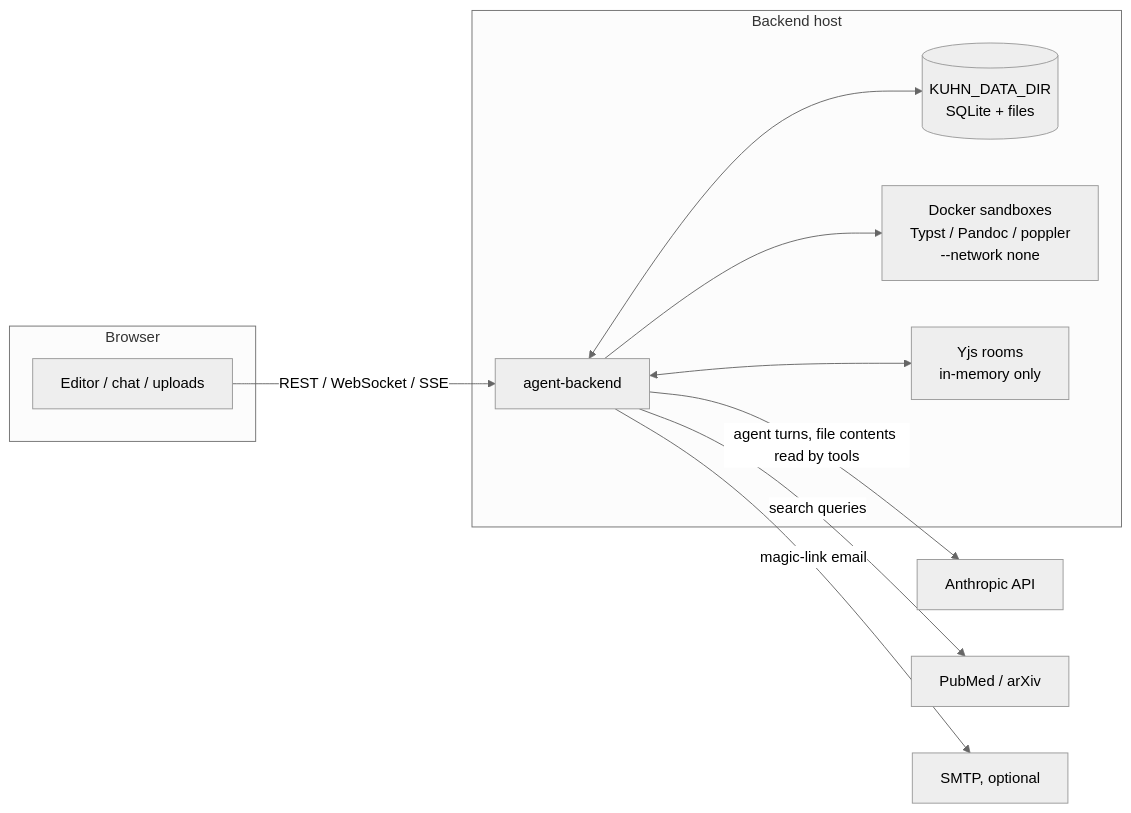
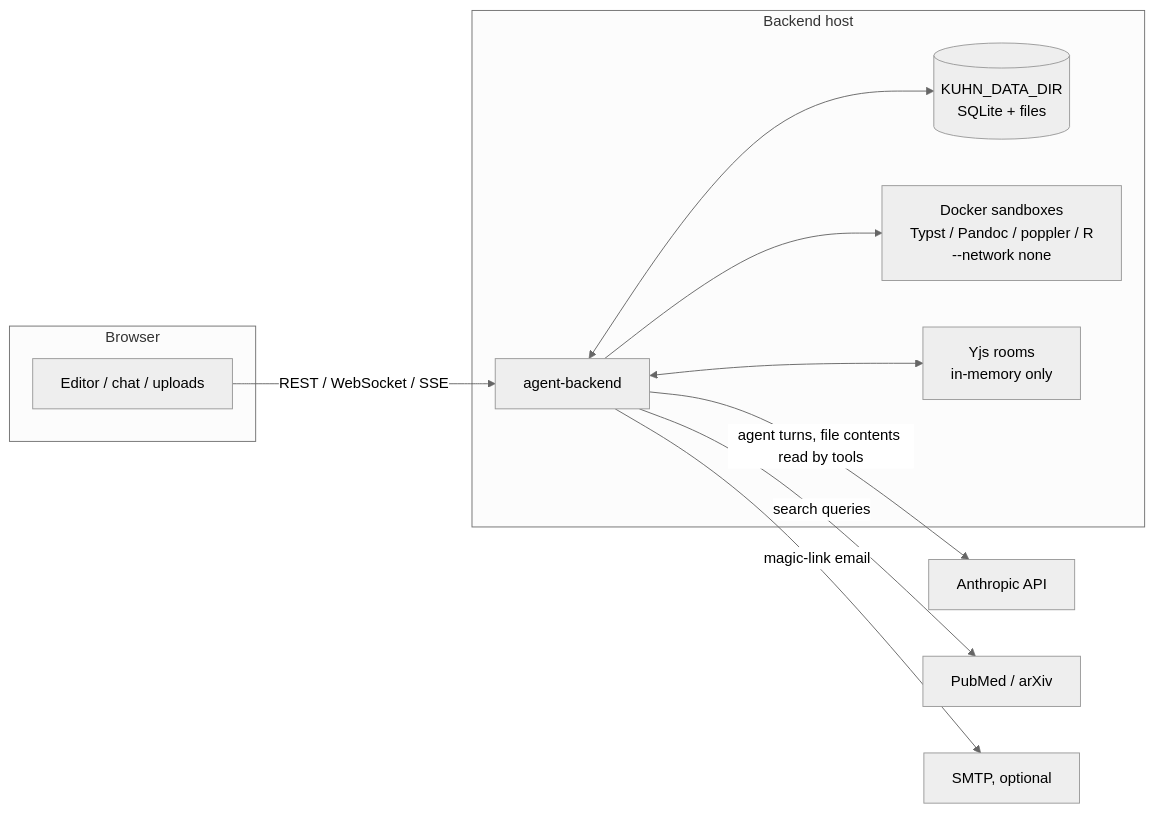
The diagram in docs/data-pipeline.md (soundtrip-health/kuhn), drawn with Mermaid (neutral theme) before and after one commit. The commit also changed other lines of this file and 29 other files, not shown here.

````diff
--- a/docs/data-pipeline.md
+++ b/docs/data-pipeline.md
@@ -19,19 +19,19 @@
 ```mermaid
 flowchart LR
   subgraph Browser
     E[Editor / chat / uploads]
   end
   subgraph Backend host
     B[agent-backend]
     D[(KUHN_DATA_DIR\nSQLite + files)]
-    S[Docker sandboxes\nTypst / Pandoc / poppler\n--network none]
+    S[Docker sandboxes\nTypst / Pandoc / poppler / R\n--network none]
     Y[Yjs rooms\nin-memory only]
   end
   E -- REST / WebSocket / SSE --> B
   B <--> D
   B --> S
   B <--> Y
   B -- agent turns, file contents read by tools --> A[Anthropic API]
   B -- search queries --> P[PubMed / arXiv]
   B -- magic-link email --> M[SMTP, optional]
 ```
````
